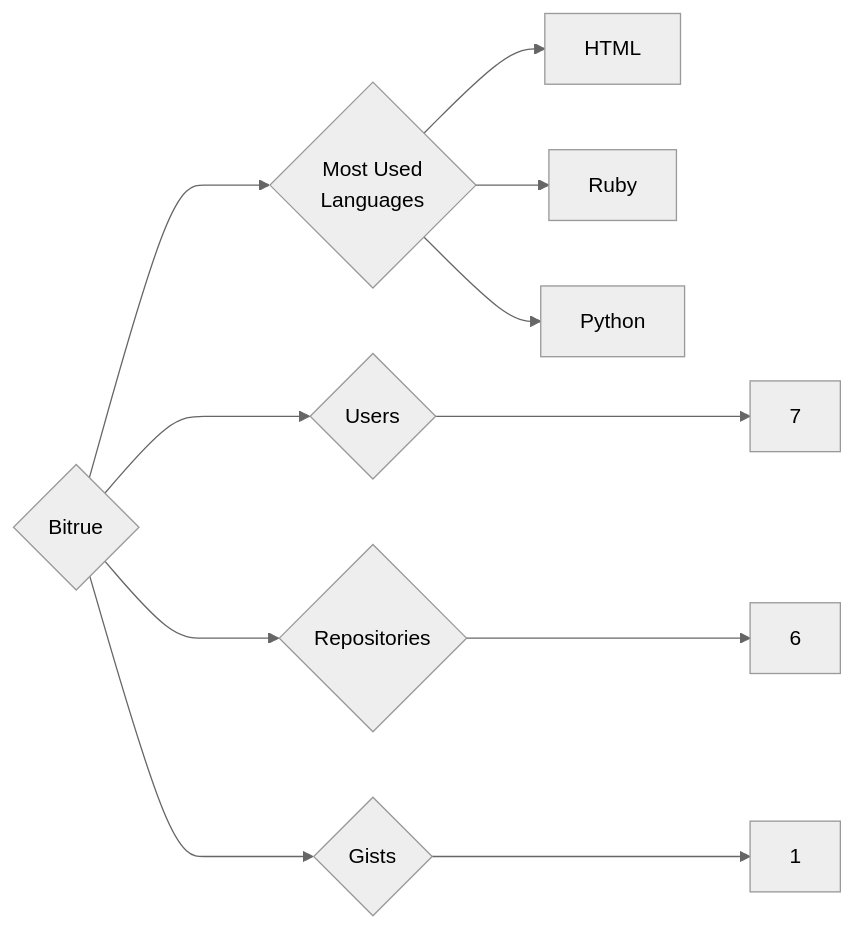
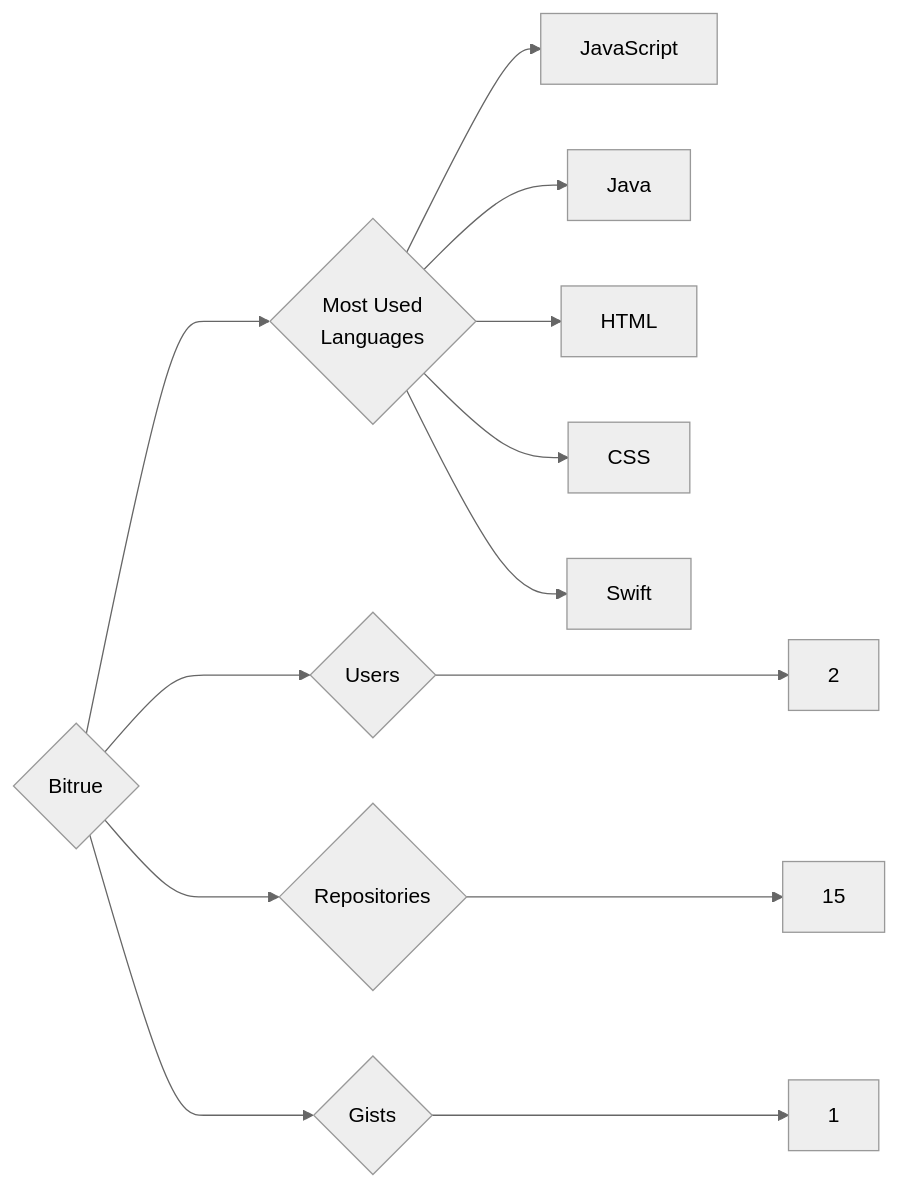
One commit to trickest/insiders changed the diagram in targets/Bitrue/README.md. Above: the diagram before and after it, drawn with Mermaid (neutral theme). The commit also changed 786 other files, not shown here.

````diff
--- a/targets/Bitrue/README.md
+++ b/targets/Bitrue/README.md
@@ -3,11 +3,13 @@
 ```mermaid
 graph LR
 COMPANY_NAME{Bitrue}
-COMPANY_NAME ---> U{Users} ---> UN[7]
-COMPANY_NAME ---> R{Repositories} ---> RN[6]
+COMPANY_NAME ---> U{Users} ---> UN[2]
+COMPANY_NAME ---> R{Repositories} ---> RN[15]
 COMPANY_NAME ---> G{Gists} ---> GN[1]
 COMPANY_NAME ---> ML{Most Used<br>Languages}
+ML --> JavaScript[JavaScript]
+ML --> Java[Java]
 ML --> HTML[HTML]
-ML --> Ruby[Ruby]
-ML --> Python[Python]
+ML --> CSS[CSS]
+ML --> Swift[Swift]
 ```
````
